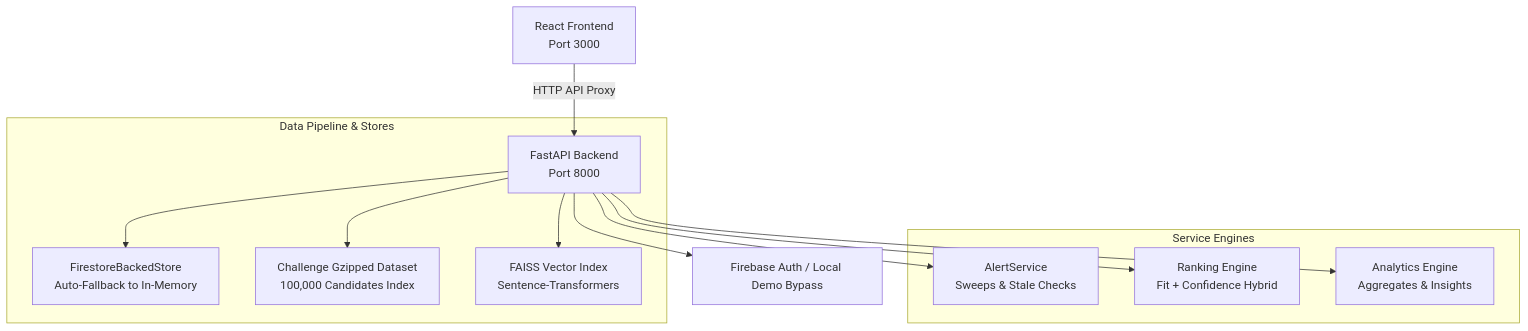
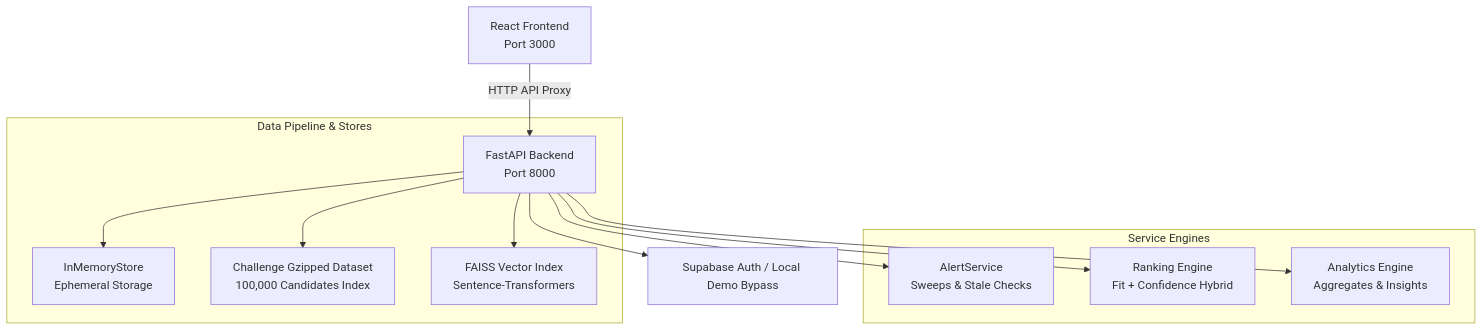
Before and after one commit to kapil31jangid/hiresense-ai: the diagram in README.md, drawn with Mermaid. The commit also changed other lines of this file, not shown here.

Commit message:
update architecture documentation to reflect transition from Firestore to Supabase and ephemeral in-memory storage, and add deployment guide.

````diff
--- a/README.md
+++ b/README.md
@@ -9,17 +9,17 @@
 ```mermaid
 graph TD
     Client[React Frontend <br> Port 3000] -->|HTTP API Proxy| API[FastAPI Backend <br> Port 8000]
-    API --> Auth[Firebase Auth / Local Demo Bypass]
+    API --> Auth[Supabase Auth / Local Demo Bypass]
     
     subgraph Data Pipeline & Stores
-        API --> DBStore[FirestoreBackedStore <br> Auto-Fallback to In-Memory]
+        API --> DBStore[InMemoryStore <br> Ephemeral Storage]
         API --> ChallengeDB[Challenge Gzipped Dataset <br> 100,000 Candidates Index]
         API --> FAISS[FAISS Vector Index <br> Sentence-Transformers]
     end
 
     subgraph Service Engines
         API --> AlertService[AlertService <br> Sweeps & Stale Checks]
         API --> RankingService[Ranking Engine <br> Fit + Confidence Hybrid]
         API --> AnalyticsService[Analytics Engine <br> Aggregates & Insights]
     end
 ```
````
